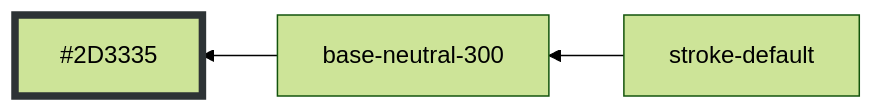
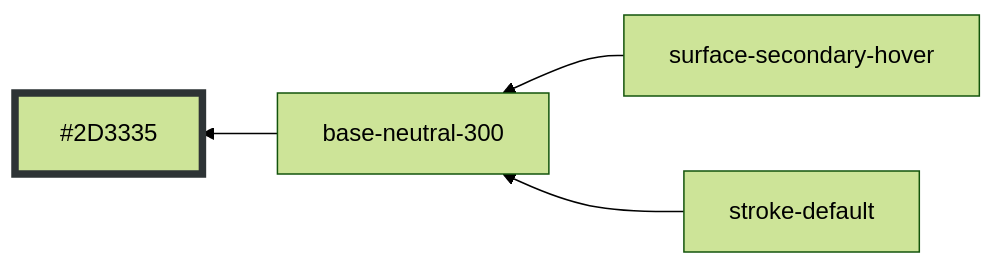
One commit to oxidecomputer/design-system changed diagram 45 of 51 in styles/dist/blue.md. Above: the diagram before and after it, drawn with Mermaid (forest theme). The commit also changed other lines of this file and 8 other files, not shown here.

````diff
--- a/styles/dist/blue.md
+++ b/styles/dist/blue.md
@@ -527,7 +525,8 @@
 ```mermaid
 graph RL
   base-neutral-300 --> #2D3335:::base-neutral-300
+  surface-secondary-hover --> base-neutral-300
   stroke-default --> base-neutral-300
 
 	classDef base-neutral-300 stroke-width:5,stroke:#2D3335
 ```
````
